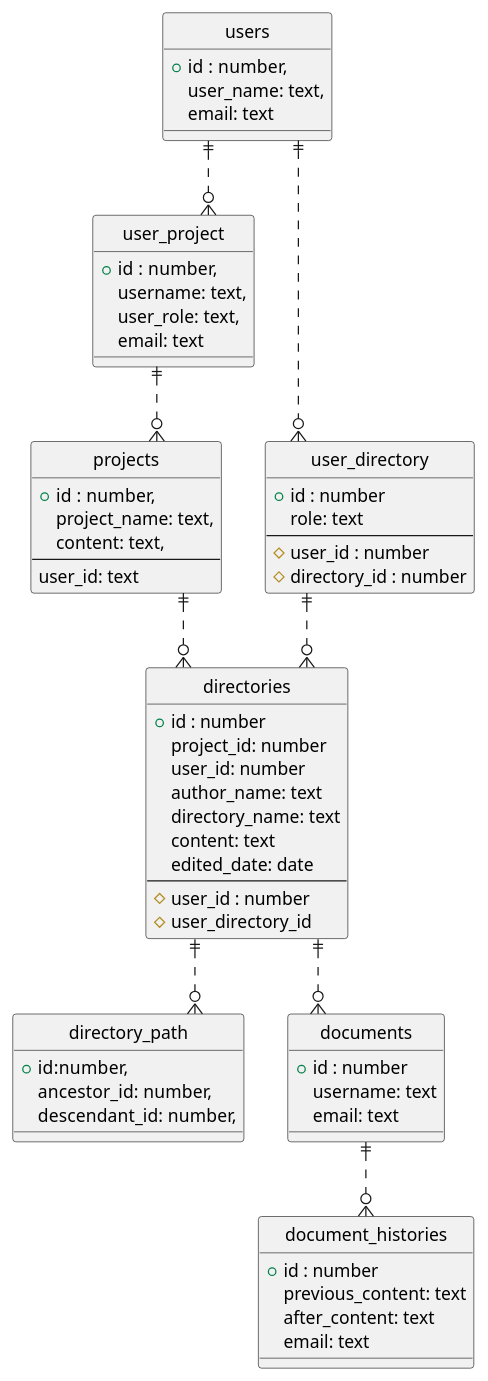
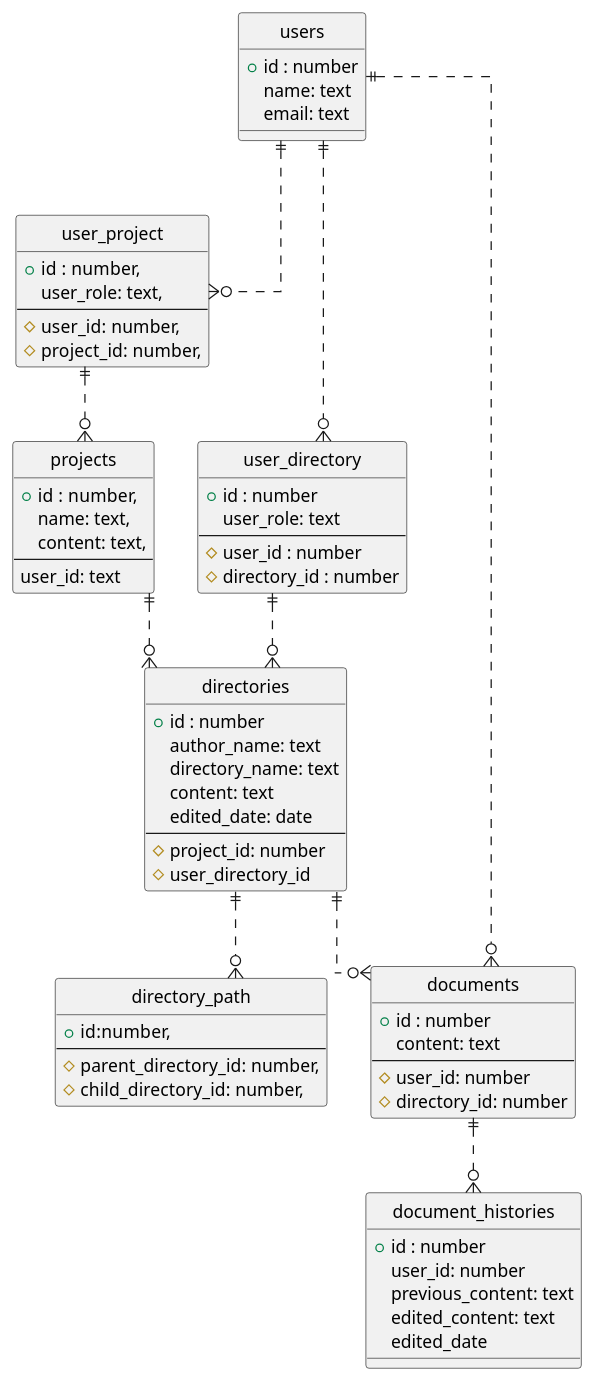
One commit to jp-knj/praha changed the diagram in modeling/03_task/task.puml. Above: the diagram before and after it, drawn with PlantUML.

Commit message:
:sparkles: done task03

```diff
--- a/modeling/03_task/task.puml
+++ b/modeling/03_task/task.puml
@@ -1,77 +1,81 @@
 @startuml
 ' hide the spot
 hide circle
 
 'avoid problems with angled crows feet
 skinparam linetype ortho
 
 entity "users" as users {
-  +id : number,
-  user_name: text,
+  +id : number
+  name: text
   email: text
 }
 
 entity "projects" as projects {
   +id : number,
-  project_name: text,
+  name: text,
   content: text,
   --
   user_id: text
 }
 
 entity "user_project" as user_project {
   +id : number,
-  username: text,
   user_role: text,
-  email: text
+  --
+  #user_id: number,
+  #project_id: number,
 }
 
 entity "user_directory" as user_directory {
   +id : number
-  role: text
+  user_role: text
   --
   #user_id : number
   #directory_id : number
 }
 
 entity "directories" as directories {
   +id : number
-  project_id: number
-  user_id: number
   author_name: text
   directory_name: text
   content: text
   edited_date: date
   --
-  #user_id : number
+  #project_id: number
   #user_directory_id
 }
 
 entity "directory_path" as directory_path {
   +id:number,
-  ancestor_id: number,
-  descendant_id: number,
+  --
+  #parent_directory_id: number,
+  #child_directory_id: number,
 }
 
 entity "documents" as documents {
   +id : number
-  username: text
-  email: text
+  content: text
+  --
+  #user_id: number
+  #directory_id: number
 }
 
 entity "document_histories" as document_histories {
   +id : number
+  user_id: number
   previous_content: text
-  after_content: text
-  email: text
+  edited_content: text
+  edited_date
 }
 
+users ||..o{ user_project
 users ||..o{ user_directory
-users ||..o{ user_project
+users ||..o{ documents
 user_project ||..o{ projects
 user_directory ||..o{ directories
 projects ||..o{ directories
 directories ||..o{ directory_path
 directories ||..o{ documents
 documents ||..o{ document_histories
 @enduml
```
